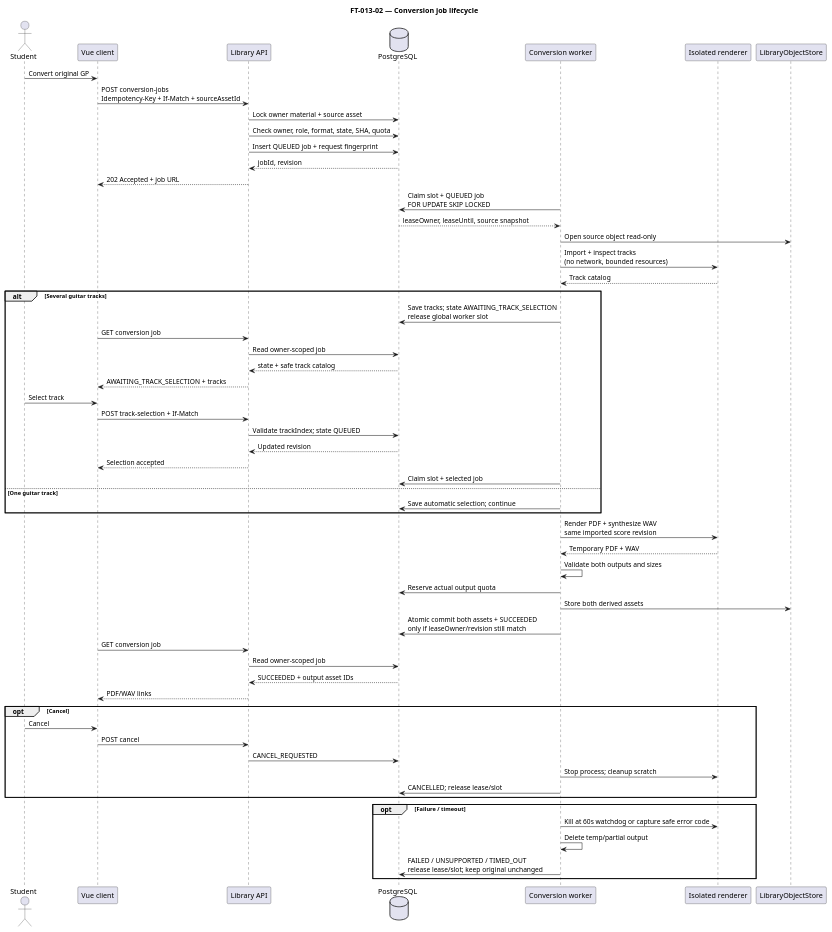
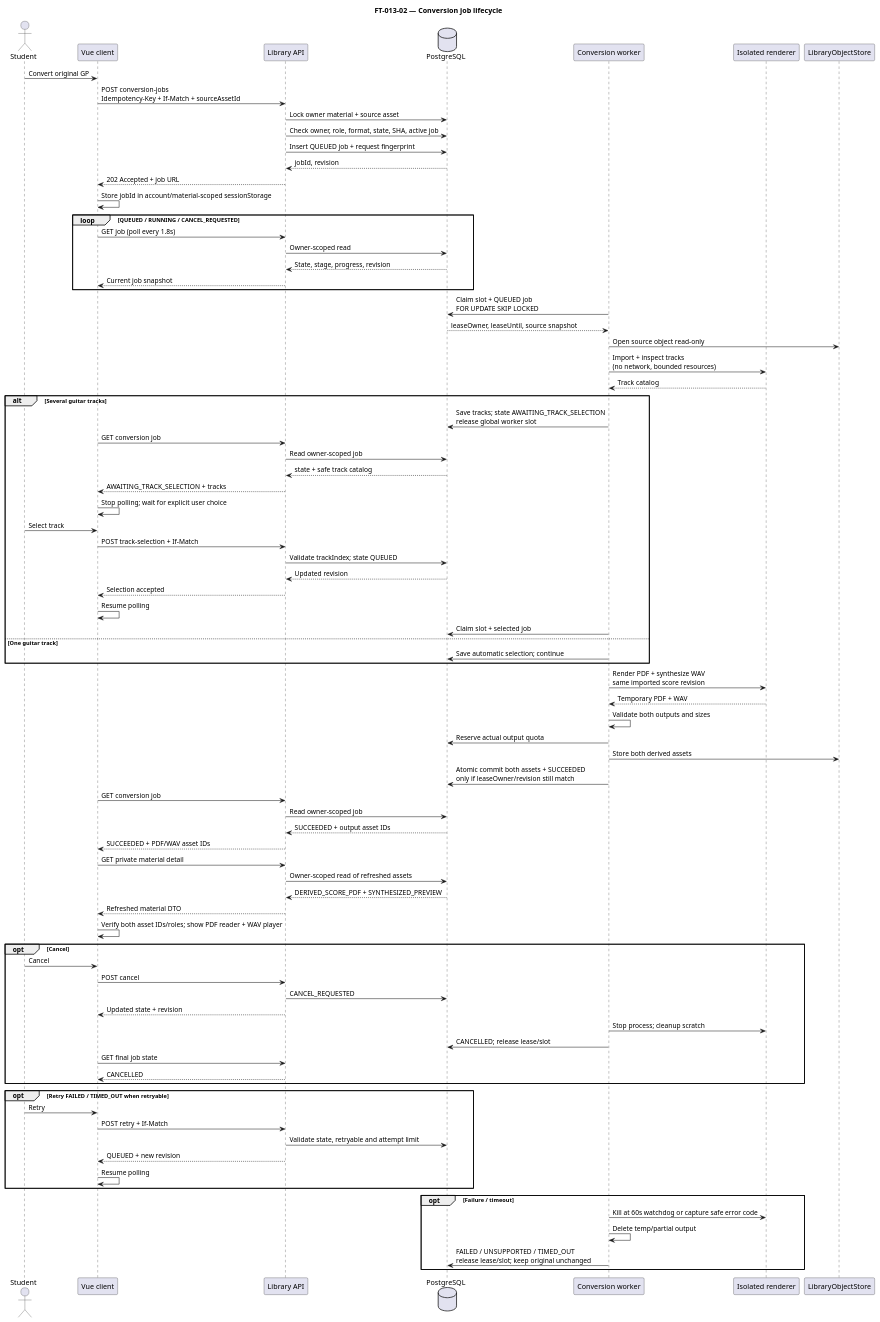
Before and after one commit to roafo1989/guitar-mentor-ai: the diagram in docs/diagrams/conversion-job-sequence.puml, drawn with PlantUML.

Commit message:
docs(170d): extend conversion sequence with UI polling and recovery

```diff
--- a/docs/diagrams/conversion-job-sequence.puml
+++ b/docs/diagrams/conversion-job-sequence.puml
@@ -1,66 +1,92 @@
 @startuml
 title FT-013-02 — Conversion job lifecycle
 
 actor Student
 participant "Vue client" as UI
 participant "Library API" as API
 database "PostgreSQL" as DB
 participant "Conversion worker" as Worker
 participant "Isolated renderer" as Renderer
 participant "LibraryObjectStore" as Store
 
 Student -> UI: Convert original GP
 UI -> API: POST conversion-jobs\nIdempotency-Key + If-Match + sourceAssetId
 API -> DB: Lock owner material + source asset
-API -> DB: Check owner, role, format, state, SHA, quota
+API -> DB: Check owner, role, format, state, SHA, active job
 API -> DB: Insert QUEUED job + request fingerprint
 DB --> API: jobId, revision
 API --> UI: 202 Accepted + job URL
+UI -> UI: Store jobId in account/material-scoped sessionStorage
+
+loop QUEUED / RUNNING / CANCEL_REQUESTED
+  UI -> API: GET job (poll every 1.8s)
+  API -> DB: Owner-scoped read
+  DB --> API: State, stage, progress, revision
+  API --> UI: Current job snapshot
+end
 
 Worker -> DB: Claim slot + QUEUED job\nFOR UPDATE SKIP LOCKED
 DB --> Worker: leaseOwner, leaseUntil, source snapshot
 Worker -> Store: Open source object read-only
 Worker -> Renderer: Import + inspect tracks\n(no network, bounded resources)
 Renderer --> Worker: Track catalog
 
 alt Several guitar tracks
   Worker -> DB: Save tracks; state AWAITING_TRACK_SELECTION\nrelease global worker slot
   UI -> API: GET conversion job
   API -> DB: Read owner-scoped job
   DB --> API: state + safe track catalog
   API --> UI: AWAITING_TRACK_SELECTION + tracks
+  UI -> UI: Stop polling; wait for explicit user choice
   Student -> UI: Select track
   UI -> API: POST track-selection + If-Match
   API -> DB: Validate trackIndex; state QUEUED
   DB --> API: Updated revision
   API --> UI: Selection accepted
+UI -> UI: Resume polling
   Worker -> DB: Claim slot + selected job
 else One guitar track
   Worker -> DB: Save automatic selection; continue
 end
 
 Worker -> Renderer: Render PDF + synthesize WAV\nsame imported score revision
 Renderer --> Worker: Temporary PDF + WAV
 Worker -> Worker: Validate both outputs and sizes
 Worker -> DB: Reserve actual output quota
 Worker -> Store: Store both derived assets
 Worker -> DB: Atomic commit both assets + SUCCEEDED\nonly if leaseOwner/revision still match
 UI -> API: GET conversion job
 API -> DB: Read owner-scoped job
 DB --> API: SUCCEEDED + output asset IDs
-API --> UI: PDF/WAV links
+API --> UI: SUCCEEDED + PDF/WAV asset IDs
+UI -> API: GET private material detail
+API -> DB: Owner-scoped read of refreshed assets
+DB --> API: DERIVED_SCORE_PDF + SYNTHESIZED_PREVIEW
+API --> UI: Refreshed material DTO
+UI -> UI: Verify both asset IDs/roles; show PDF reader + WAV player
 
 opt Cancel
   Student -> UI: Cancel
   UI -> API: POST cancel
   API -> DB: CANCEL_REQUESTED
+  API --> UI: Updated state + revision
   Worker -> Renderer: Stop process; cleanup scratch
   Worker -> DB: CANCELLED; release lease/slot
+  UI -> API: GET final job state
+  API --> UI: CANCELLED
+end
+
+opt Retry FAILED / TIMED_OUT when retryable
+  Student -> UI: Retry
+  UI -> API: POST retry + If-Match
+  API -> DB: Validate state, retryable and attempt limit
+  API --> UI: QUEUED + new revision
+  UI -> UI: Resume polling
 end
 
 opt Failure / timeout
   Worker -> Renderer: Kill at 60s watchdog or capture safe error code
   Worker -> Worker: Delete temp/partial output
   Worker -> DB: FAILED / UNSUPPORTED / TIMED_OUT\nrelease lease/slot; keep original unchanged
 end
 @enduml
```
